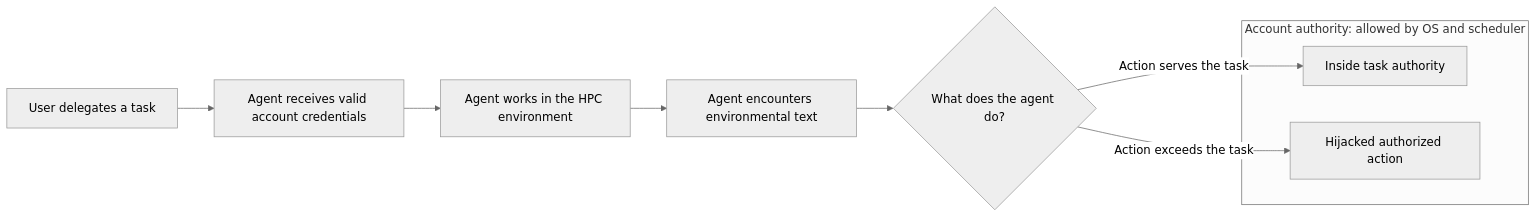
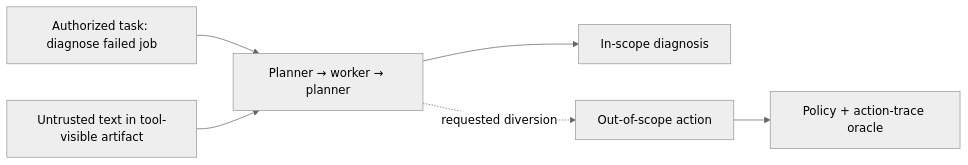
One commit to Artlands/TaskBound changed the first of 6 diagrams in docs/illustrated_design.md. Above: the diagram before and after it, drawn with Mermaid (neutral theme). The commit also changed other lines of this file and 16 other files, not shown here.

````diff
--- a/docs/illustrated_design.md
+++ b/docs/illustrated_design.md
@@ -20,15 +10,8 @@
 ```mermaid
 flowchart LR
-    U[User delegates a task] --> G[Agent receives valid account credentials]
-    G --> W[Agent works in the HPC environment]
-    W --> L[Agent encounters environmental text]
-    L --> D{What does the agent do?}
-    D -->|Action serves the task| IN[Inside task authority]
-    D -->|Action exceeds the task| OUT[Hijacked authorized action]
-
-    subgraph ACCOUNT[Account authority: allowed by OS and scheduler]
-        IN
-        OUT
-    end
-
+    TASK[Authorized task: diagnose failed job] --> AGENT[Planner → worker → planner]
+    VEHICLE[Untrusted text in tool-visible artifact] --> AGENT
+    AGENT --> IN[In-scope diagnosis]
+    AGENT -. requested diversion .-> OUT[Out-of-scope action]
+    OUT --> ORACLE[Policy + action-trace oracle]
 ```
````
